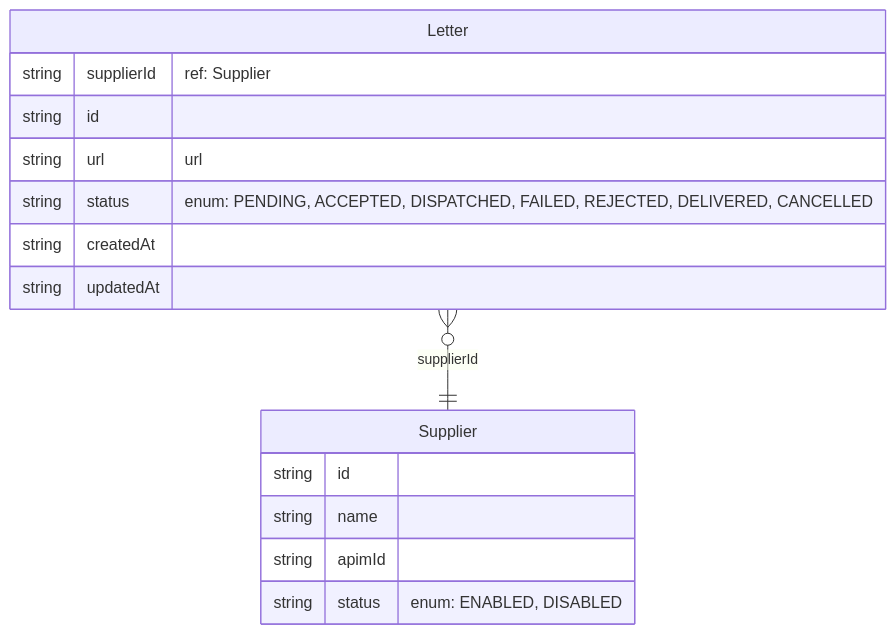
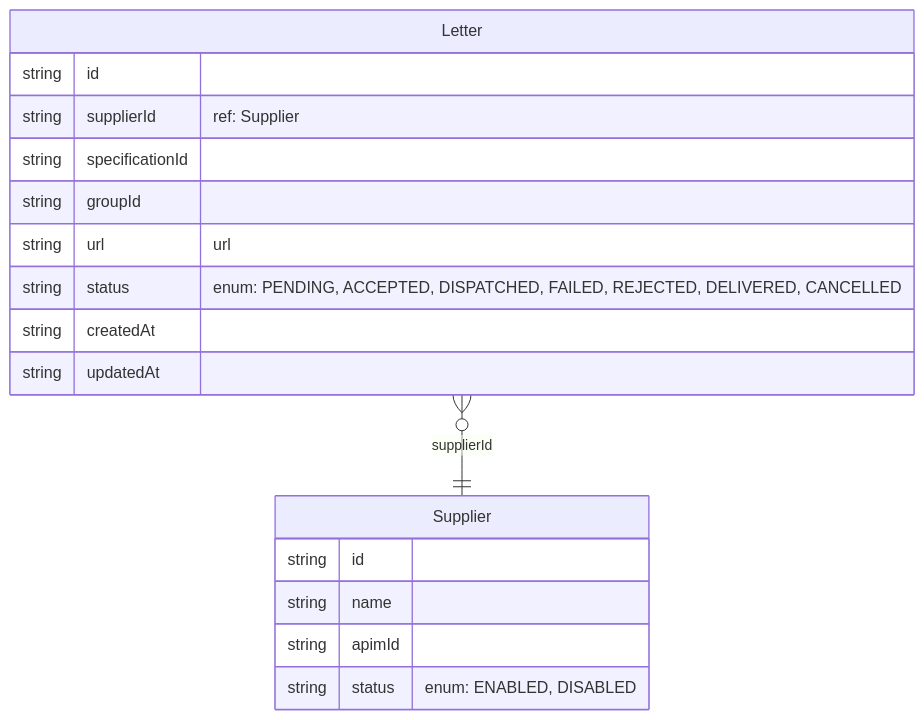
The diagram in internal/datastore/src/types.md (NHSDigital/nhs-notify-supplier-api), drawn with Mermaid before and after one commit.

Commit message:
CCM-11228: Update letter schema to include specificationId and groupId

````diff
--- a/internal/datastore/src/types.md
+++ b/internal/datastore/src/types.md
@@ -4,20 +4,22 @@
 ```mermaid
 erDiagram
     Letter {
+        string id
         string supplierId "ref: Supplier"
-        string id
+        string specificationId
+        string groupId
         string url "url"
         string status "enum: PENDING, ACCEPTED, DISPATCHED, FAILED, REJECTED, DELIVERED, CANCELLED"
         string createdAt
         string updatedAt
     }
     Supplier {
     }
     Supplier {
         string id
         string name
         string apimId
         string status "enum: ENABLED, DISABLED"
     }
     Letter }o--|| Supplier : "supplierId"
 ```
````
